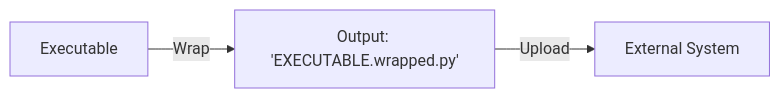
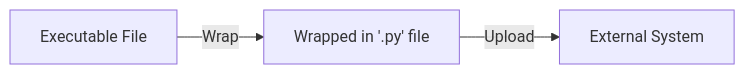
One commit to DK26/wrapin-py changed the first of 2 diagrams in README.md. Above: the diagram before and after it, drawn with Mermaid.

Commit message:
Updated Flowchart for `Wrap & Upload Executable`

````diff
--- a/README.md
+++ b/README.md
@@ -82,8 +82,8 @@
 ```mermaid
 graph LR;
-    EXEC[Executable];
+    EXEC[Executable File];
     EXEC --> |Wrap| WRAPPED;
-    WRAPPED[Output: 'EXECUTABLE.wrapped.py'];
+    WRAPPED[Wrapped in '.py' file];
     WRAPPED -->|Upload| SYSTEM;
     SYSTEM[External System];
 ```
````
